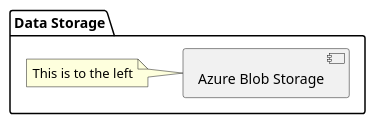
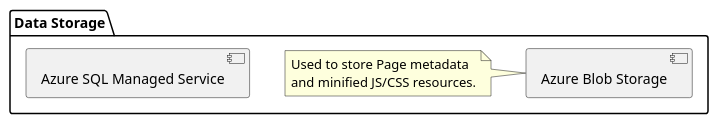
The diagram in obsidian-vault/🐸 Frog & Pencil/Architecture Diagram.md (bearandhammer/knowledge-vault), drawn with PlantUML before and after one commit.

Commit message:
Lews PC vault backup: 06/04/2022 20:42:57
Affected files:
obsidian-vault/🐸 Frog & Pencil/Architecture Diagram.md

````diff
--- a/obsidian-vault/🐸 Frog & Pencil/Architecture Diagram.md
+++ b/obsidian-vault/🐸 Frog & Pencil/Architecture Diagram.md
@@ -9,9 +9,12 @@
 ```plantuml
 package "Data Storage" {
 [Azure Blob Storage] as ABS
+[Azure SQL Managed Service]
 
 note left of ABS
-	This is to the left
+	Used to store Page metadata 
+	and minified JS/CSS resources.
 end note
+
 }
 ```
````
